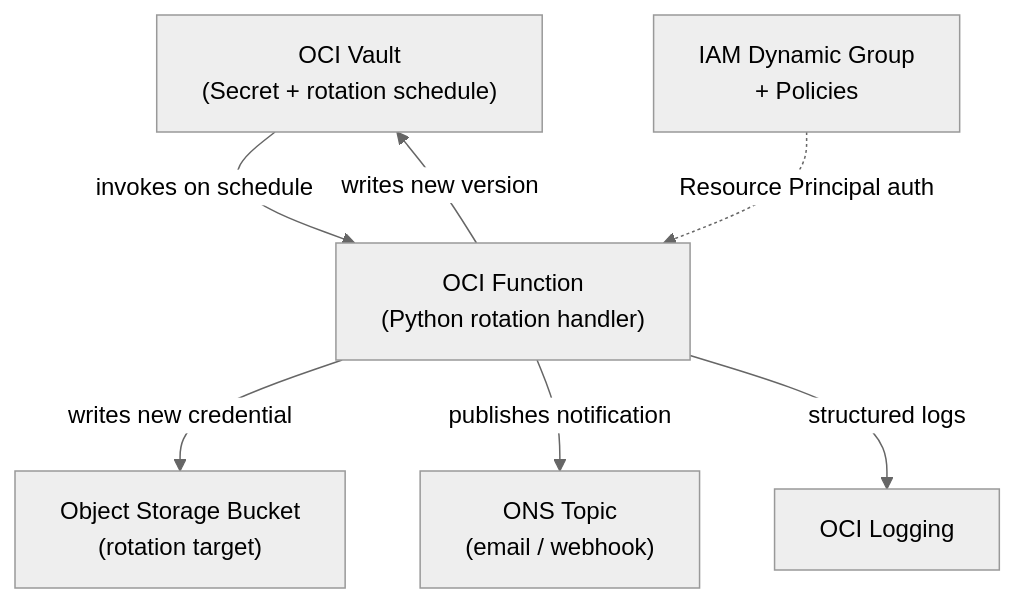
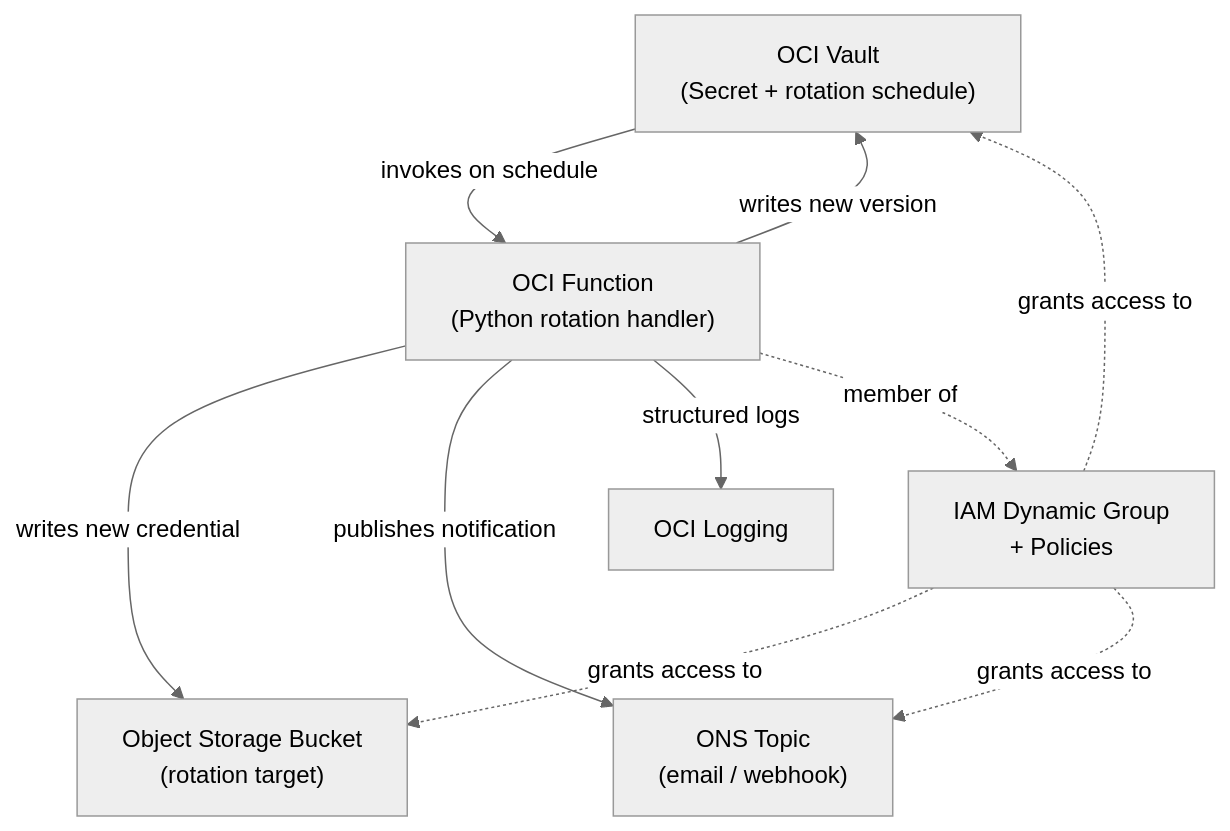
The diagram in README.md (perspectivism/oci-secret-rotation), drawn with Mermaid (neutral theme) before and after one commit. The commit also changed other lines of this file and 23 other files, not shown here.

````diff
--- a/README.md
+++ b/README.md
@@ -11,16 +11,19 @@
 ```mermaid
 graph TD
     VS["OCI Vault<br/>(Secret + rotation schedule)"]
     FN["OCI Function<br/>(Python rotation handler)"]
     OS["Object Storage Bucket<br/>(rotation target)"]
     LG["OCI Logging"]
     ONS["ONS Topic<br/>(email / webhook)"]
     DG["IAM Dynamic Group<br/>+ Policies"]
 
     VS -- "invokes on schedule" --> FN
     FN -- "writes new credential" --> OS
     FN -- "writes new version" --> VS
     FN -- "publishes notification" --> ONS
     FN -- "structured logs" --> LG
-    DG -. "Resource Principal auth" .-> FN
+    FN -. "member of" .-> DG
+    DG -. "grants access to" .-> VS
+    DG -. "grants access to" .-> OS
+    DG -. "grants access to" .-> ONS
 ```
````
